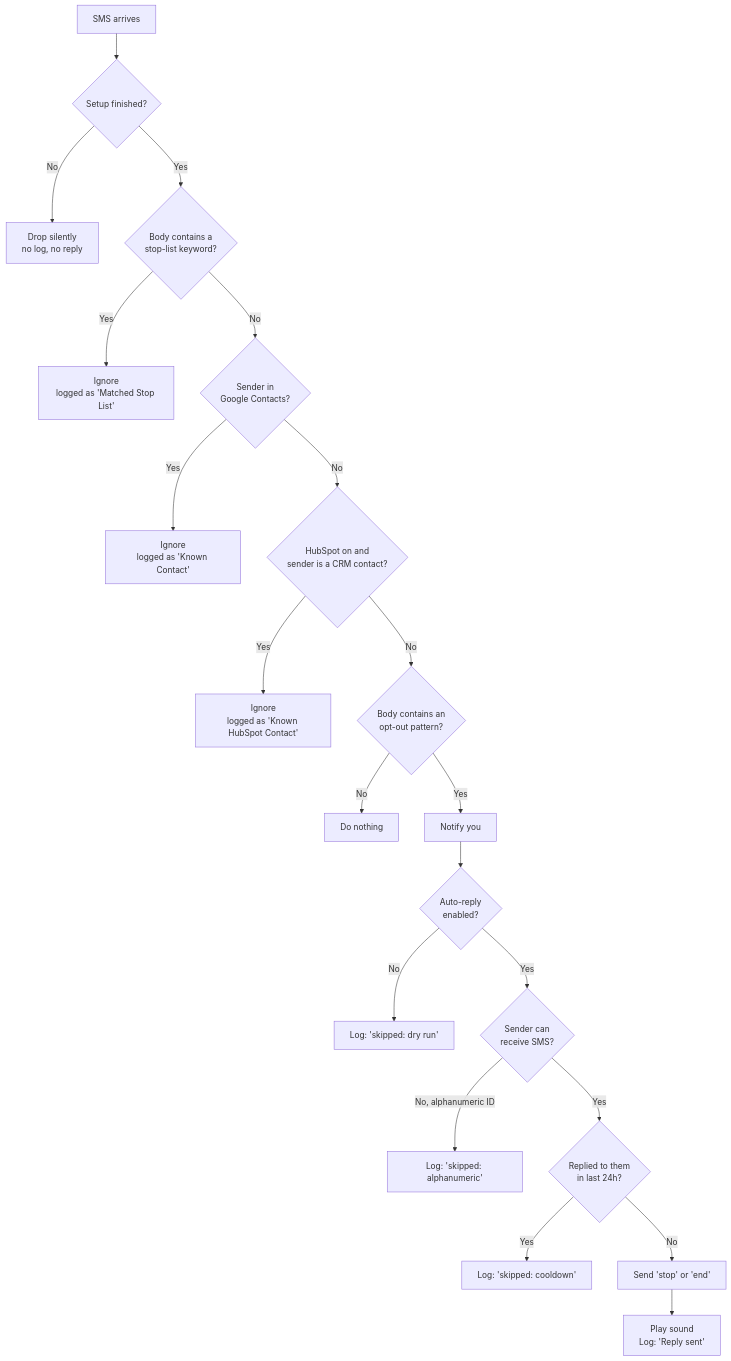
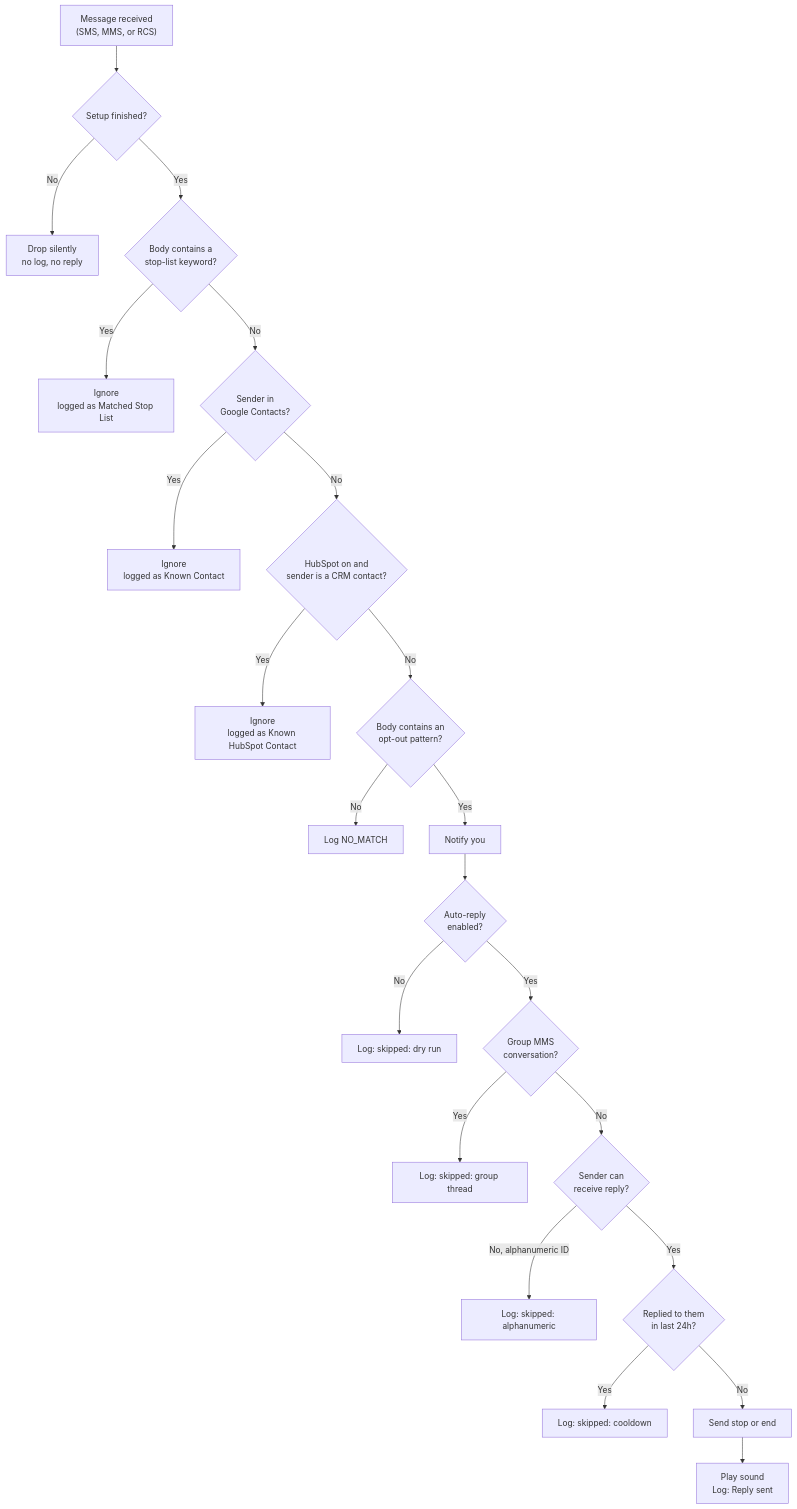
One commit to wgroth2/smsfilter changed the diagram in USER_GUIDE.md. Above: the diagram before and after it, drawn with Mermaid.

Commit message:
docs: update Mermaid diagram in USER_GUIDE.md to standard syntax

````diff
--- a/USER_GUIDE.md
+++ b/USER_GUIDE.md
@@ -86,22 +86,24 @@
 ```mermaid
-flowchart TD
-    A["SMS arrives"] --> B{"Setup finished?"}
-    B -->|No| Z1["Drop silently<br/>no log, no reply"]
-    B -->|Yes| C{"Body contains a<br/>stop-list keyword?"}
-    C -->|Yes| Z2["Ignore<br/>logged as 'Matched Stop List'"]
-    C -->|No| D{"Sender in<br/>Google Contacts?"}
-    D -->|Yes| Z3["Ignore<br/>logged as 'Known Contact'"]
-    D -->|No| E{"HubSpot on and<br/>sender is a CRM contact?"}
-    E -->|Yes| Z4["Ignore<br/>logged as 'Known HubSpot Contact'"]
-    E -->|No| F{"Body contains an<br/>opt-out pattern?"}
-    F -->|No| Z5["Do nothing"]
-    F -->|Yes| G["Notify you"]
+graph TD
+    A["Message received<br/>(SMS, MMS, or RCS)"] --> B{"Setup finished?"}
+    B -- No --> Z1["Drop silently<br/>no log, no reply"]
+    B -- Yes --> C{"Body contains a<br/>stop-list keyword?"}
+    C -- Yes --> Z2["Ignore<br/>logged as Matched Stop List"]
+    C -- No --> D{"Sender in<br/>Google Contacts?"}
+    D -- Yes --> Z3["Ignore<br/>logged as Known Contact"]
+    D -- No --> E{"HubSpot on and<br/>sender is a CRM contact?"}
+    E -- Yes --> Z4["Ignore<br/>logged as Known HubSpot Contact"]
+    E -- No --> F{"Body contains an<br/>opt-out pattern?"}
+    F -- No --> Z5["Log NO_MATCH"]
+    F -- Yes --> G["Notify you"]
     G --> H{"Auto-reply<br/>enabled?"}
-    H -->|No| Y1["Log: 'skipped: dry run'"]
-    H -->|Yes| I{"Sender can<br/>receive SMS?"}
-    I -->|No, alphanumeric ID| Y2["Log: 'skipped: alphanumeric'"]
-    I -->|Yes| J{"Replied to them<br/>in last 24h?"}
-    J -->|Yes| Y3["Log: 'skipped: cooldown'"]
-    J -->|No| K["Send 'stop' or 'end'"]
-    K --> L["Play sound<br/>Log: 'Reply sent'"]
+    H -- No --> Y1["Log: skipped: dry run"]
+    H -- Yes --> I{"Group MMS<br/>conversation?"}
+    I -- Yes --> Y2["Log: skipped: group thread"]
+    I -- No --> J{"Sender can<br/>receive reply?"}
+    J -- No, alphanumeric ID --> Y3["Log: skipped: alphanumeric"]
+    J -- Yes --> K{"Replied to them<br/>in last 24h?"}
+    K -- Yes --> Y4["Log: skipped: cooldown"]
+    K -- No --> L["Send stop or end"]
+    L --> M["Play sound<br/>Log: Reply sent"]
 ```
````
